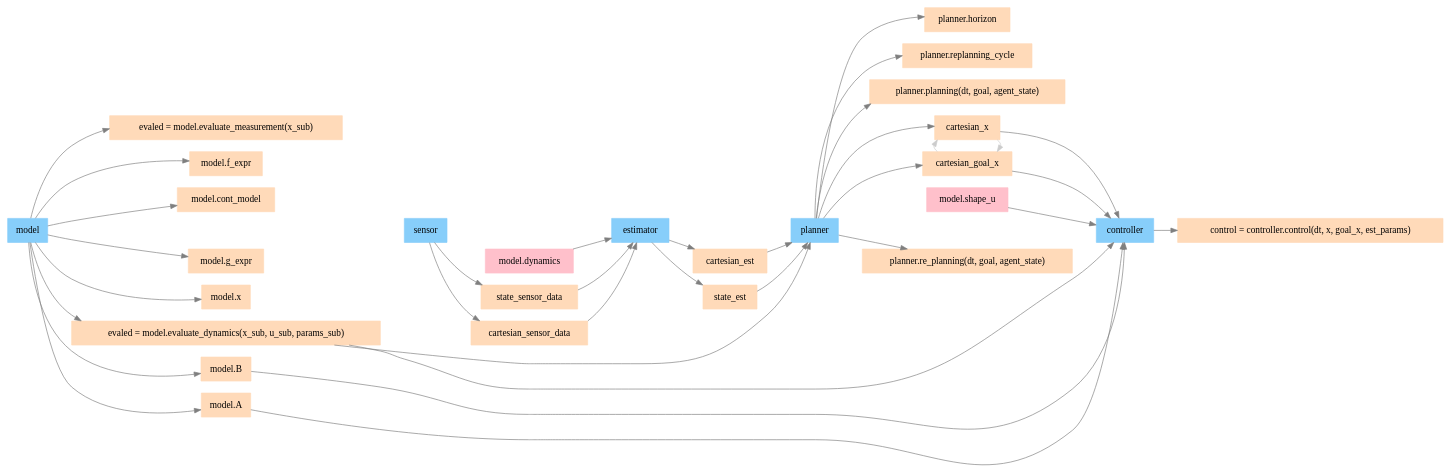
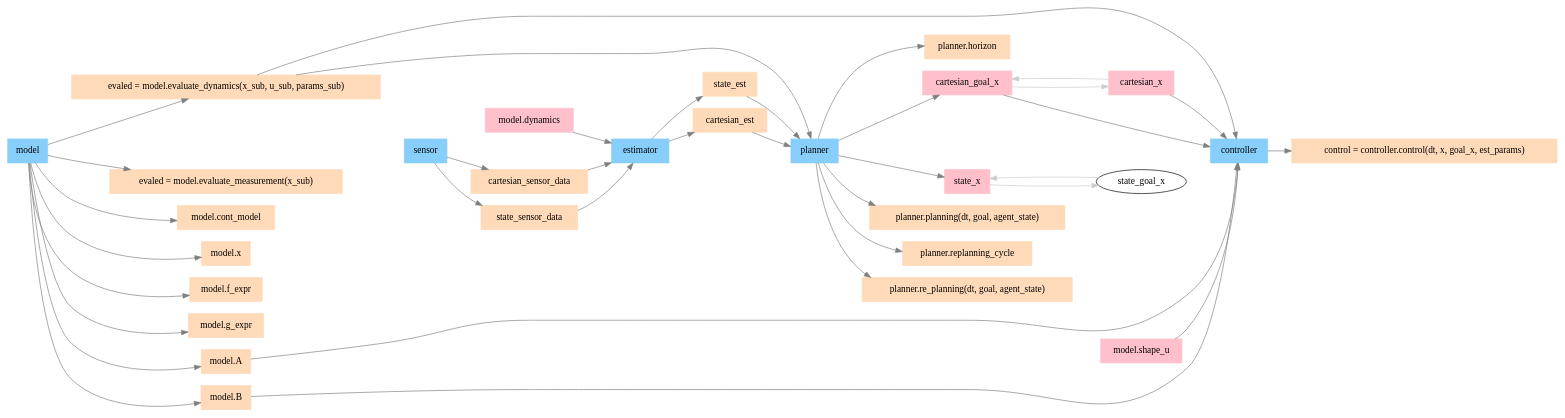
One commit to intelligent-control-lab/Composable_Agent_Toolbox changed the diagram in img/deps.gv. Above: the diagram before and after it, drawn with Graphviz. The commit also changed 8 other files, not shown here.

```diff
--- a/img/deps.gv
+++ b/img/deps.gv
@@ -1,120 +1,126 @@
 digraph G {
 	compound=true rankdir=LR
 	estimator [color=lightskyblue fillcolor=lightskyblue shape=box style=filled]
-	model [color=lightskyblue fillcolor=lightskyblue shape=box style=filled]
 	sensor [color=lightskyblue fillcolor=lightskyblue shape=box style=filled]
 	controller [color=lightskyblue fillcolor=lightskyblue shape=box style=filled]
 	planner [color=lightskyblue fillcolor=lightskyblue shape=box style=filled]
-	"model.g_expr" [color=peachpuff fillcolor=peachpuff shape=box style=filled]
+	model [color=lightskyblue fillcolor=lightskyblue shape=box style=filled]
+	"evaled = model.evaluate_dynamics(x_sub, u_sub, params_sub)" [color=peachpuff fillcolor=peachpuff shape=box style=filled]
+	"evaled = model.evaluate_measurement(x_sub)" [color=peachpuff fillcolor=peachpuff shape=box style=filled]
+	state_est [color=peachpuff fillcolor=peachpuff shape=box style=filled]
+	"planner.planning(dt, goal, agent_state)" [color=peachpuff fillcolor=peachpuff shape=box style=filled]
+	"model.cont_model" [color=peachpuff fillcolor=peachpuff shape=box style=filled]
+	"planner.replanning_cycle" [color=peachpuff fillcolor=peachpuff shape=box style=filled]
+	"model.A" [color=peachpuff fillcolor=peachpuff shape=box style=filled]
+	"model.B" [color=peachpuff fillcolor=peachpuff shape=box style=filled]
+	"model.x" [color=peachpuff fillcolor=peachpuff shape=box style=filled]
+	state_x [color=peachpuff fillcolor=peachpuff shape=box style=filled]
+	"model.f_expr" [color=peachpuff fillcolor=peachpuff shape=box style=filled]
 	"model.dynamics" [color=peachpuff fillcolor=peachpuff shape=box style=filled]
+	cartesian_est [color=peachpuff fillcolor=peachpuff shape=box style=filled]
+	cartesian_sensor_data [color=peachpuff fillcolor=peachpuff shape=box style=filled]
 	"planner.re_planning(dt, goal, agent_state)" [color=peachpuff fillcolor=peachpuff shape=box style=filled]
 	"planner.horizon" [color=peachpuff fillcolor=peachpuff shape=box style=filled]
-	"model.x" [color=peachpuff fillcolor=peachpuff shape=box style=filled]
-	"planner.replanning_cycle" [color=peachpuff fillcolor=peachpuff shape=box style=filled]
-	"evaled = model.evaluate_dynamics(x_sub, u_sub, params_sub)" [color=peachpuff fillcolor=peachpuff shape=box style=filled]
-	"control = controller.control(dt, x, goal_x, est_params)" [color=peachpuff fillcolor=peachpuff shape=box style=filled]
-	state_sensor_data [color=peachpuff fillcolor=peachpuff shape=box style=filled]
-	cartesian_est [color=peachpuff fillcolor=peachpuff shape=box style=filled]
-	cartesian_sensor_data [color=peachpuff fillcolor=peachpuff shape=box style=filled]
-	state_est [color=peachpuff fillcolor=peachpuff shape=box style=filled]
-	"model.shape_u" [color=peachpuff fillcolor=peachpuff shape=box style=filled]
-	"evaled = model.evaluate_measurement(x_sub)" [color=peachpuff fillcolor=peachpuff shape=box style=filled]
-	"planner.planning(dt, goal, agent_state)" [color=peachpuff fillcolor=peachpuff shape=box style=filled]
 	cartesian_goal_x [color=peachpuff fillcolor=peachpuff shape=box style=filled]
 	cartesian_x [color=peachpuff fillcolor=peachpuff shape=box style=filled]
-	"model.f_expr" [color=peachpuff fillcolor=peachpuff shape=box style=filled]
-	"model.cont_model" [color=peachpuff fillcolor=peachpuff shape=box style=filled]
-	"model.B" [color=peachpuff fillcolor=peachpuff shape=box style=filled]
-	"model.A" [color=peachpuff fillcolor=peachpuff shape=box style=filled]
+	"control = controller.control(dt, x, goal_x, est_params)" [color=peachpuff fillcolor=peachpuff shape=box style=filled]
+	"model.shape_u" [color=peachpuff fillcolor=peachpuff shape=box style=filled]
+	"model.g_expr" [color=peachpuff fillcolor=peachpuff shape=box style=filled]
+	state_sensor_data [color=peachpuff fillcolor=peachpuff shape=box style=filled]
 	"model.dynamics" [color=pink fillcolor=pink shape=box style=filled]
+	cartesian_x [color=pink fillcolor=pink shape=box style=filled]
 	"model.shape_u" [color=pink fillcolor=pink shape=box style=filled]
+	cartesian_goal_x [color=pink fillcolor=pink shape=box style=filled]
+	state_x [color=pink fillcolor=pink shape=box style=filled]
 	cartesian_x -> controller [color=gray50]
 	cartesian_goal_x -> controller [color=gray50]
 	"model.shape_u" -> controller [color=gray50]
 	"model.A" -> controller [color=gray50]
 	"model.B" -> controller [color=gray50]
 	"evaled = model.evaluate_dynamics(x_sub, u_sub, params_sub)" -> controller [color=gray50]
 	"evaled = model.evaluate_dynamics(x_sub, u_sub, params_sub)" -> planner [color=gray50]
 	controller -> "control = controller.control(dt, x, goal_x, est_params)" [color=gray50]
 	model -> "model.x" [color=gray50]
 	model -> "model.A" [color=gray50]
 	model -> "model.B" [color=gray50]
 	model -> "model.f_expr" [color=gray50]
 	model -> "model.g_expr" [color=gray50]
 	model -> "model.cont_model" [color=gray50]
 	model -> "evaled = model.evaluate_dynamics(x_sub, u_sub, params_sub)" [color=gray50]
 	model -> "evaled = model.evaluate_measurement(x_sub)" [color=gray50]
 	state_sensor_data -> estimator [color=gray50]
 	cartesian_sensor_data -> estimator [color=gray50]
 	"model.dynamics" -> estimator [color=gray50]
 	estimator -> cartesian_est [color=gray50]
 	estimator -> state_est [color=gray50]
 	sensor -> state_sensor_data [color=gray50]
 	sensor -> cartesian_sensor_data [color=gray50]
 	cartesian_est -> planner [color=gray50]
 	state_est -> planner [color=gray50]
-	planner -> cartesian_x [color=gray50]
+	planner -> state_x [color=gray50]
 	planner -> cartesian_goal_x [color=gray50]
 	planner -> "planner.horizon" [color=gray50]
 	planner -> "planner.replanning_cycle" [color=gray50]
 	planner -> "planner.planning(dt, goal, agent_state)" [color=gray50]
 	planner -> "planner.re_planning(dt, goal, agent_state)" [color=gray50]
 	cartesian_x -> cartesian_goal_x [color=gray80 weight=100]
 	cartesian_goal_x -> cartesian_x [color=gray80 weight=100]
+	state_x -> state_goal_x [color=gray80 weight=100]
+	state_goal_x -> state_x [color=gray80 weight=100]
 	model -> sensor [style=invis weight=1000]
 	sensor -> estimator [style=invis weight=1000]
 	estimator -> planner [style=invis weight=1000]
 	planner -> controller [style=invis weight=1000]
 	"model.x" -> sensor [style=invis]
 	"model.A" -> sensor [style=invis]
 	"model.B" -> sensor [style=invis]
 	"model.f_expr" -> sensor [style=invis]
 	"model.g_expr" -> sensor [style=invis]
 	"model.cont_model" -> sensor [style=invis]
 	"evaled = model.evaluate_dynamics(x_sub, u_sub, params_sub)" -> sensor [style=invis]
 	"evaled = model.evaluate_measurement(x_sub)" -> sensor [style=invis]
 	state_sensor_data -> estimator [style=invis]
 	cartesian_sensor_data -> estimator [style=invis]
 	cartesian_est -> planner [style=invis]
 	state_est -> planner [style=invis]
-	cartesian_x -> controller [style=invis]
+	state_x -> controller [style=invis]
 	cartesian_goal_x -> controller [style=invis]
 	"planner.horizon" -> controller [style=invis]
 	"planner.replanning_cycle" -> controller [style=invis]
 	"planner.planning(dt, goal, agent_state)" -> controller [style=invis]
 	"planner.re_planning(dt, goal, agent_state)" -> controller [style=invis]
 	{
 		rank=same
 		"model.x"
 		"model.A"
 		"model.B"
 		"model.f_expr"
 		"model.g_expr"
 		"model.cont_model"
 		"evaled = model.evaluate_dynamics(x_sub, u_sub, params_sub)"
 		"evaled = model.evaluate_measurement(x_sub)"
 	}
 	{
 		rank=same
 		state_sensor_data
 		cartesian_sensor_data
 	}
 	{
 		rank=same
 		cartesian_est
 		state_est
 	}
 	{
 		rank=same
-		cartesian_x
+		state_x
 		cartesian_goal_x
 		"planner.horizon"
 		"planner.replanning_cycle"
 		"planner.planning(dt, goal, agent_state)"
 		"planner.re_planning(dt, goal, agent_state)"
 	}
 	{
 		rank=same
 		"control = controller.control(dt, x, goal_x, est_params)"
 	}
 }
```
